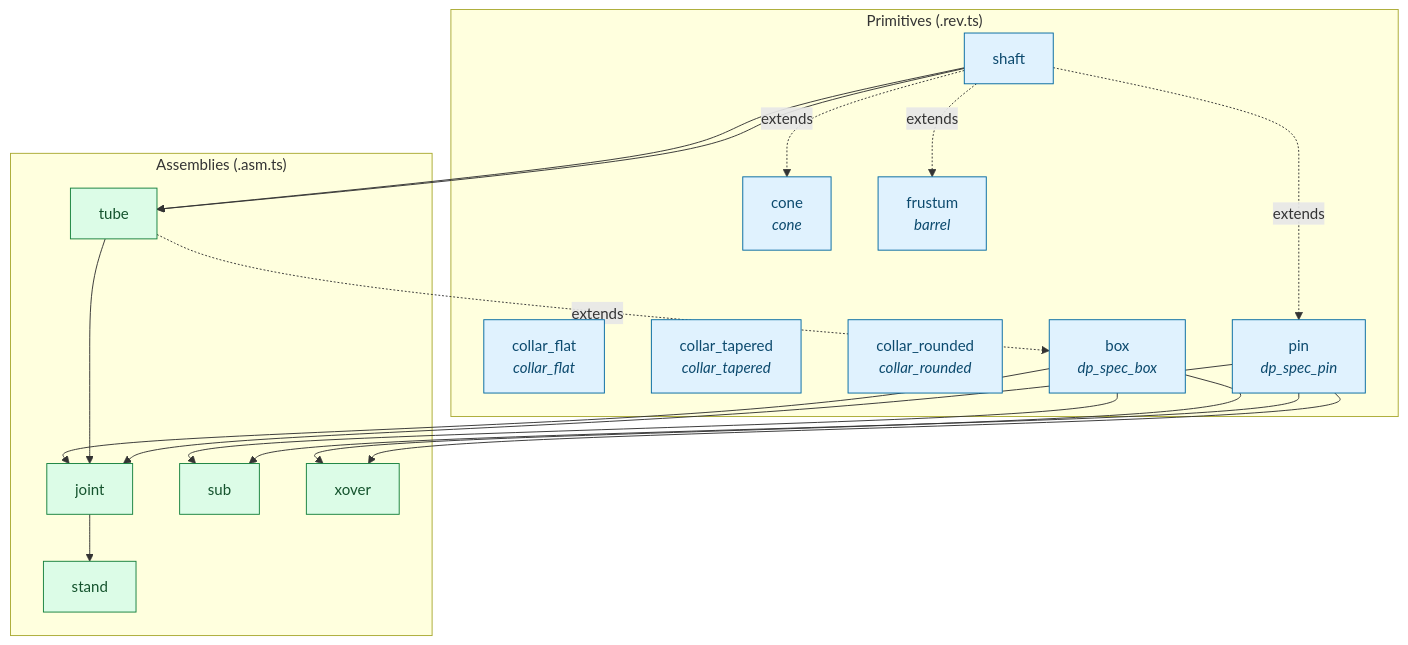
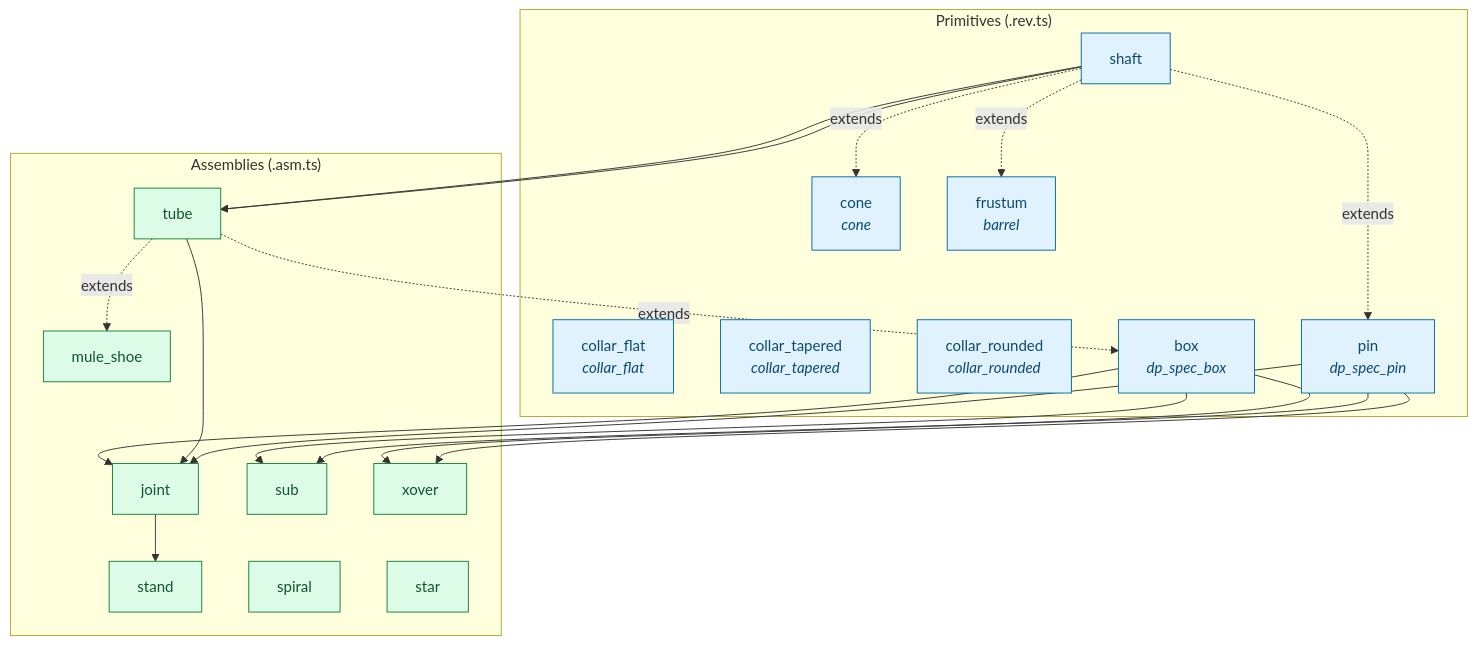
Before and after one commit to pyenthu/cadtrain: the diagram in docs/parts/vocabulary-graph.mmd, drawn with Mermaid. The commit also changed 2 other files, not shown here.

Commit message:
chore(vocab): repoint exemplars dt_*->g_* + add spiral/star terms (v0.4.0)
Migration dt_*->g_* left 10/14 vocabulary exemplars pointing at deleted
parts. Repoint each term to its live g_* twin (or surviving dt_*) and
refresh expects_bake by baking the exemplar at its own meta.params
defaults via /api/primitives/preview:

  shaft->g_shaft  tube->g_tube  collar_{flat,tapered,rounded}->g_collar
  pin->g_dp_pin  box->g_dp_box  joint->g_dp_joint  cone->g_cone
  stand->g_dp_stand  sub->dt_sub (survives)  xover->dt_sub (same geom)

GAPS with no live g_* twin flagged stale:true for the user's call:
  frustum (dt_frustum deleted), mule_shoe (dt_mule_shoe deleted).

New terms spiral (g_spiral) + star (g_star) — graph-emitted via
r_weld_extrude; retrieval/exemplar anchors, not K.68-translator targets
(same status as mule_shoe). Regenerated vocabulary-graph.mmd.

```diff
--- a/docs/parts/vocabulary-graph.mmd
+++ b/docs/parts/vocabulary-graph.mmd
@@ -1,55 +1,62 @@
 graph TD
-  %% Auto-generated from vocabulary.json v0.3.0
+  %% Auto-generated from vocabulary.json v0.4.0
 
   subgraph PRIMITIVES["Primitives (.rev.ts)"]
     shaft["shaft"]
     collar_flat["collar_flat<br/><i>collar_flat</i>"]
     collar_tapered["collar_tapered<br/><i>collar_tapered</i>"]
     collar_rounded["collar_rounded<br/><i>collar_rounded</i>"]
     pin["pin<br/><i>dp_spec_pin</i>"]
     box["box<br/><i>dp_spec_box</i>"]
     cone["cone<br/><i>cone</i>"]
     frustum["frustum<br/><i>barrel</i>"]
   end
 
   subgraph ASSEMBLIES["Assemblies (.asm.ts)"]
     tube["tube"]
     joint["joint"]
     sub["sub"]
     xover["xover"]
     stand["stand"]
+    mule_shoe["mule_shoe"]
+    spiral["spiral"]
+    star["star"]
   end
 
   %% extends (inheritance) — dashed
   shaft -.extends.-> pin
   tube -.extends.-> box
   shaft -.extends.-> cone
   shaft -.extends.-> frustum
+  tube -.extends.-> mule_shoe
 
   %% imports (composition) — solid
   shaft --> tube
   shaft --> tube
   box --> joint
   tube --> joint
   pin --> joint
   box --> sub
   pin --> sub
   box --> xover
   pin --> xover
   joint --> stand
 
   classDef prim fill:#e0f2fe,stroke:#0369a1,color:#0c4a6e
   classDef asm  fill:#dcfce7,stroke:#15803d,color:#14532d
   class shaft prim
   class tube asm
   class collar_flat prim
   class collar_tapered prim
   class collar_rounded prim
   class pin prim
   class box prim
   class joint asm
   class cone prim
   class frustum prim
   class sub asm
   class xover asm
   class stand asm
+  class mule_shoe asm
+  class spiral asm
+  class star asm
```
